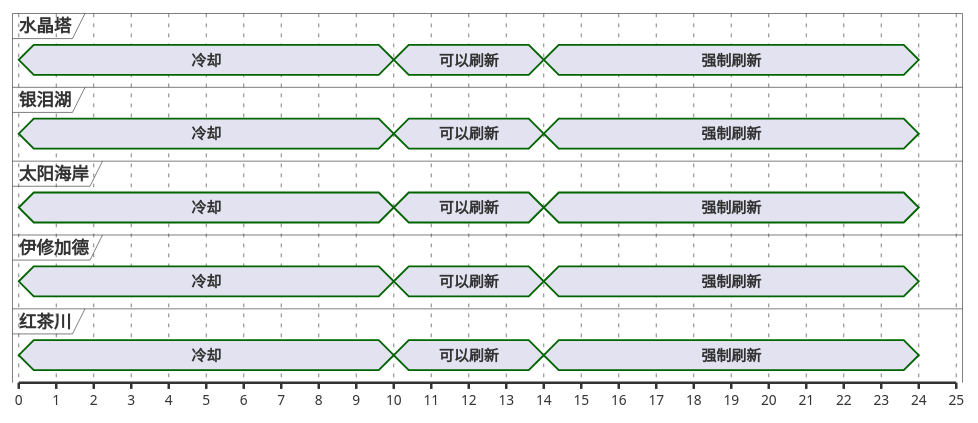
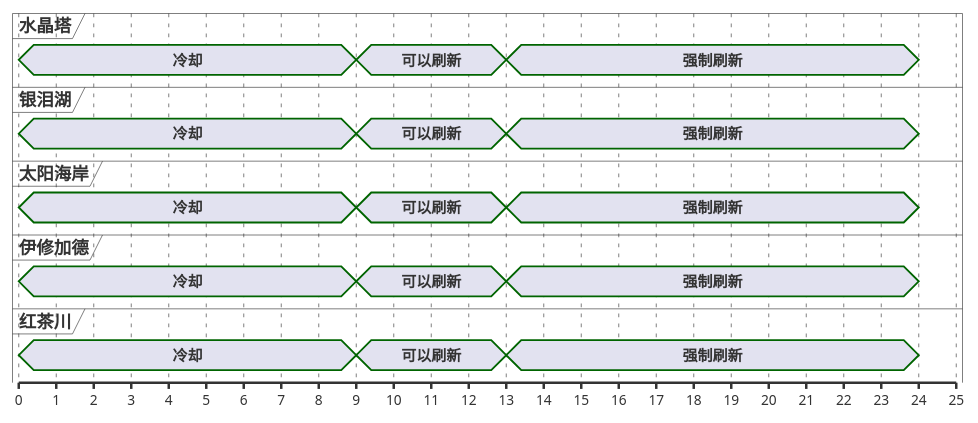
The fourth of 13 diagrams in ffxiv/hunt/2.0/Minhocao.md (Eroleice/doc-pi), drawn with PlantUML before and after one commit. The commit also changed other lines of this file and 38 other files, not shown here.

````diff
--- a/ffxiv/hunt/2.0/Minhocao.md
+++ b/ffxiv/hunt/2.0/Minhocao.md
@@ -224,42 +224,42 @@
 ```plantuml
 @startuml
 scale 1 as 30 pixels
 
 concise 水晶塔
 concise 银泪湖
 concise 太阳海岸
 concise 伊修加德
 concise 红茶川
 
 @银泪湖
 0 is 冷却
-10 is 可以刷新
-14 is 强制刷新
+9 is 可以刷新
+13 is 强制刷新
 24 is {hidden}
 
 @红茶川
 0 is 冷却
-10 is 可以刷新
-14 is 强制刷新
+9 is 可以刷新
+13 is 强制刷新
 24 is {hidden}
 
 @伊修加德
 0 is 冷却
-10 is 可以刷新
-14 is 强制刷新
+9 is 可以刷新
+13 is 强制刷新
 24 is {hidden}
 
 @太阳海岸
 0 is 冷却
-10 is 可以刷新
-14 is 强制刷新
+9 is 可以刷新
+13 is 强制刷新
 24 is {hidden}
 
 @水晶塔
 0 is 冷却
-10 is 可以刷新
-14 is 强制刷新
+9 is 可以刷新
+13 is 强制刷新
 24 is {hidden}
 
 @enduml
 ```
````
